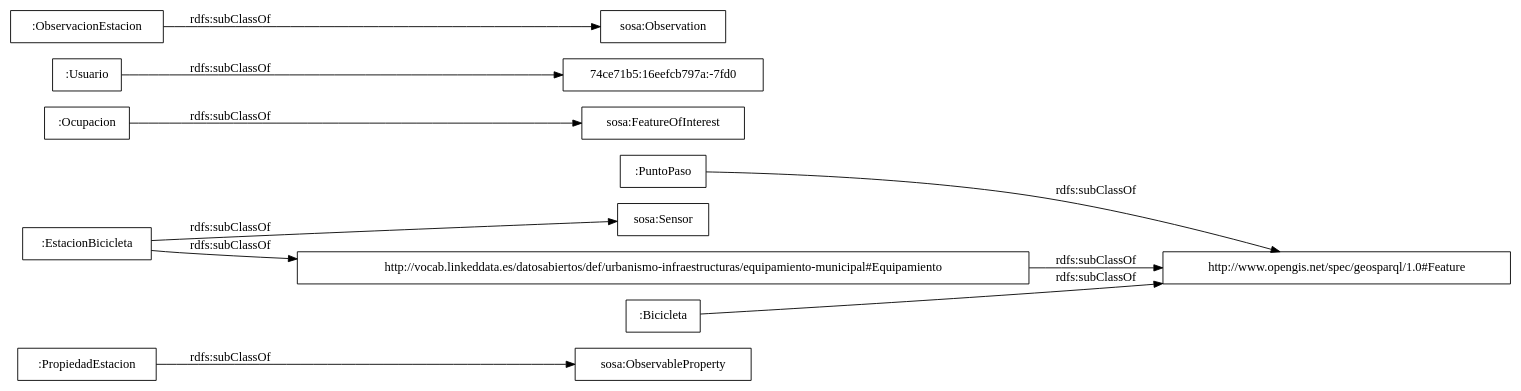
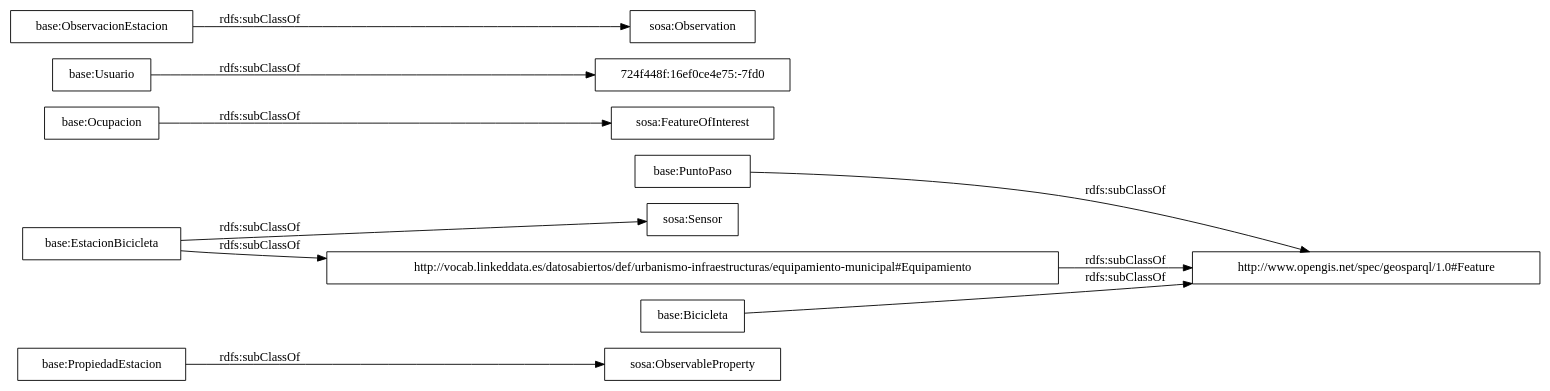
One commit to opencitydata/transporte-bici-datos-publicos changed the diagram in OnToology/Ontology/bicicleta-publica.owl/diagrams/ar2dtool-taxonomy/bicicleta-publica.owl.png.dot. Above: the diagram before and after it, drawn with Graphviz. The commit also changed 15 other files, not shown here.

```diff
--- a/OnToology/Ontology/bicicleta-publica.owl/diagrams/ar2dtool-taxonomy/bicicleta-publica.owl.png.dot
+++ b/OnToology/Ontology/bicicleta-publica.owl/diagrams/ar2dtool-taxonomy/bicicleta-publica.owl.png.dot
@@ -1,15 +1,15 @@
 digraph ar2dtool_diagram { 
 rankdir=LR;
 size="1000"
-node [shape = rectangle, color="black"]; ":PropiedadEstacion" ":PuntoPaso" "sosa:ObservableProperty" "sosa:FeatureOfInterest" ":Usuario" ":Ocupacion" "74ce71b5:16eefcb797a:-7fd0" "sosa:Observation" "sosa:Sensor" "http://vocab.linkeddata.es/datosabiertos/def/urbanismo-infraestructuras/equipamiento-municipal#Equipamiento" ":EstacionBicicleta" ":ObservacionEstacion" ":Bicicleta" "http://www.opengis.net/spec/geosparql/1.0#Feature" ; /*classes style*/
+node [shape = rectangle, color="black"]; "base:PropiedadEstacion" "base:PuntoPaso" "sosa:ObservableProperty" "sosa:FeatureOfInterest" "base:Usuario" "base:Ocupacion" "724f448f:16ef0ce4e75:-7fd0" "sosa:Observation" "sosa:Sensor" "http://vocab.linkeddata.es/datosabiertos/def/urbanismo-infraestructuras/equipamiento-municipal#Equipamiento" "base:EstacionBicicleta" "base:ObservacionEstacion" "base:Bicicleta" "http://www.opengis.net/spec/geosparql/1.0#Feature" ; /*classes style*/
 	"http://vocab.linkeddata.es/datosabiertos/def/urbanismo-infraestructuras/equipamiento-municipal#Equipamiento" -> "http://www.opengis.net/spec/geosparql/1.0#Feature" [ label = "rdfs:subClassOf" ];
-	":EstacionBicicleta" -> "http://vocab.linkeddata.es/datosabiertos/def/urbanismo-infraestructuras/equipamiento-municipal#Equipamiento" [ label = "rdfs:subClassOf" ];
-	":EstacionBicicleta" -> "sosa:Sensor" [ label = "rdfs:subClassOf" ];
-	":Usuario" -> "74ce71b5:16eefcb797a:-7fd0" [ label = "rdfs:subClassOf" ];
-	":Bicicleta" -> "http://www.opengis.net/spec/geosparql/1.0#Feature" [ label = "rdfs:subClassOf" ];
-	":PuntoPaso" -> "http://www.opengis.net/spec/geosparql/1.0#Feature" [ label = "rdfs:subClassOf" ];
-	":Ocupacion" -> "sosa:FeatureOfInterest" [ label = "rdfs:subClassOf" ];
-	":PropiedadEstacion" -> "sosa:ObservableProperty" [ label = "rdfs:subClassOf" ];
-	":ObservacionEstacion" -> "sosa:Observation" [ label = "rdfs:subClassOf" ];
+	"base:EstacionBicicleta" -> "http://vocab.linkeddata.es/datosabiertos/def/urbanismo-infraestructuras/equipamiento-municipal#Equipamiento" [ label = "rdfs:subClassOf" ];
+	"base:EstacionBicicleta" -> "sosa:Sensor" [ label = "rdfs:subClassOf" ];
+	"base:Usuario" -> "724f448f:16ef0ce4e75:-7fd0" [ label = "rdfs:subClassOf" ];
+	"base:Bicicleta" -> "http://www.opengis.net/spec/geosparql/1.0#Feature" [ label = "rdfs:subClassOf" ];
+	"base:PuntoPaso" -> "http://www.opengis.net/spec/geosparql/1.0#Feature" [ label = "rdfs:subClassOf" ];
+	"base:Ocupacion" -> "sosa:FeatureOfInterest" [ label = "rdfs:subClassOf" ];
+	"base:PropiedadEstacion" -> "sosa:ObservableProperty" [ label = "rdfs:subClassOf" ];
+	"base:ObservacionEstacion" -> "sosa:Observation" [ label = "rdfs:subClassOf" ];
 
 }
```
